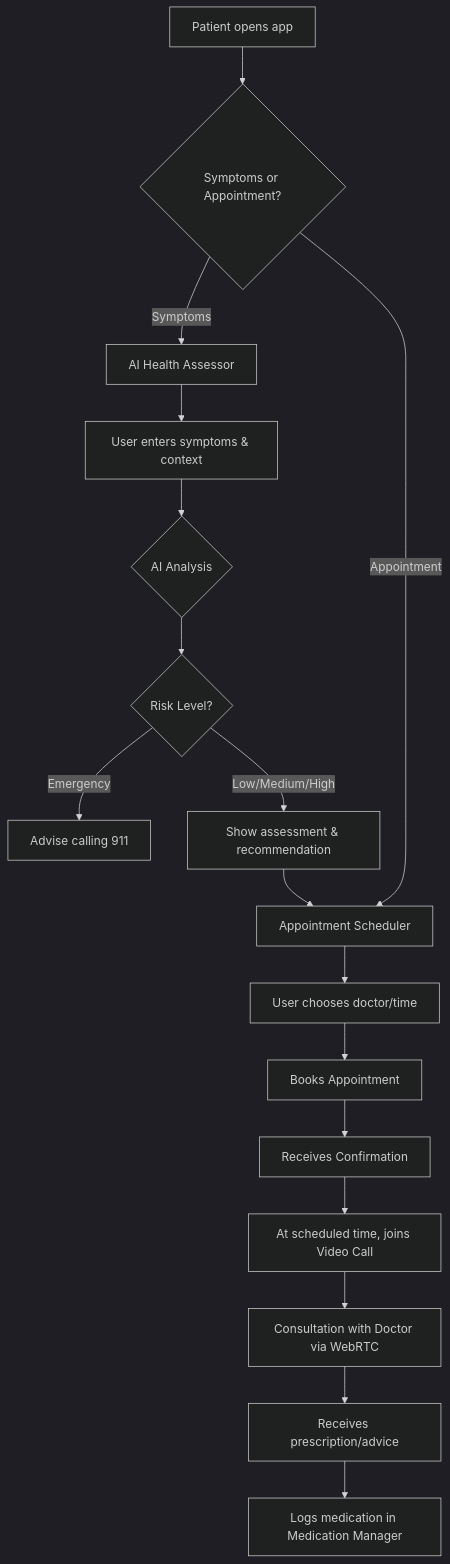
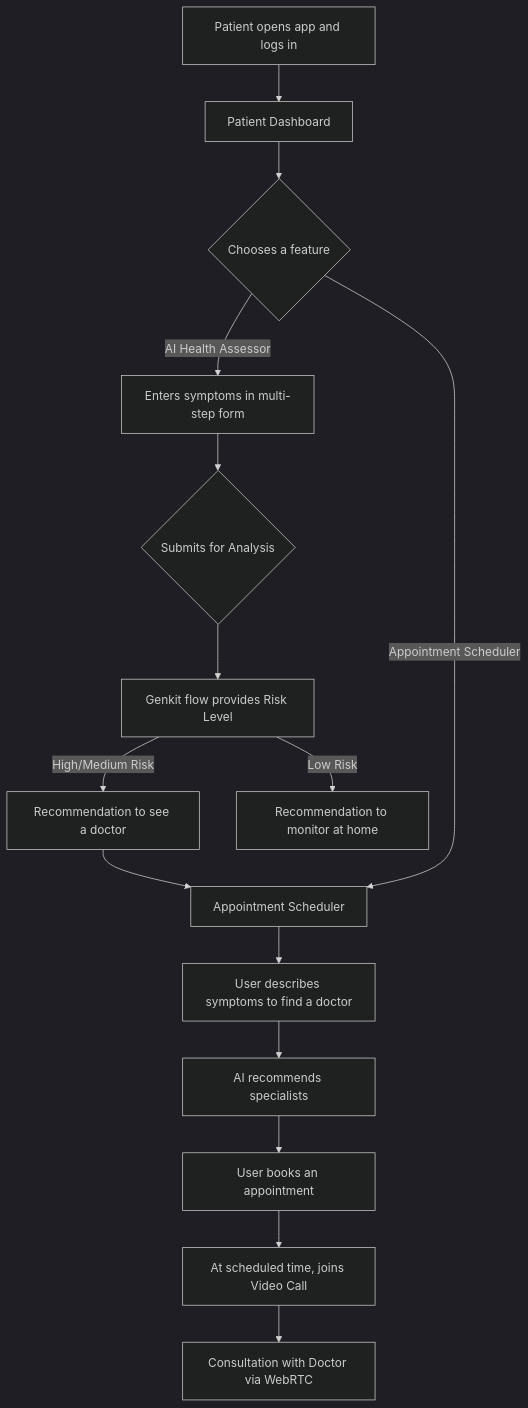
Before and after one commit to rehaani/MediConnect: the second of 3 diagrams in docs/visual.md, drawn with Mermaid (dark theme). The commit also changed other lines of this file and 17 other files, not shown here.

````diff
--- a/docs/visual.md
+++ b/docs/visual.md
@@ -61,19 +59,17 @@
 ```mermaid
 flowchart TD
-    A[Patient opens app] --> B{Symptoms or Appointment?}
-    B -->|Symptoms| C[AI Health Assessor]
-    C --> D[User enters symptoms & context]
-    D --> E{AI Analysis}
-    E --> F{Risk Level?}
-    F -->|Emergency| G[Advise calling 911]
-    F -->|Low/Medium/High| H[Show assessment & recommendation]
-    H --> I[Appointment Scheduler]
-    B -->|Appointment| I
-    I --> J[User chooses doctor/time]
-    J --> K[Books Appointment]
-    K --> L[Receives Confirmation]
+    A[Patient opens app and logs in] --> B[Patient Dashboard]
+    B --> C{Chooses a feature}
+    C -->|AI Health Assessor| D[Enters symptoms in multi-step form]
+    D --> E{Submits for Analysis}
+    E --> F[Genkit flow provides Risk Level]
+    F -->|High/Medium Risk| G[Recommendation to see a doctor]
+    F -->|Low Risk| H[Recommendation to monitor at home]
+    G --> I[Appointment Scheduler]
+    C -->|Appointment Scheduler| I
+    I --> J[User describes symptoms to find a doctor]
+    J --> K[AI recommends specialists]
+    K --> L[User books an appointment]
     L --> M[At scheduled time, joins Video Call]
     M --> N[Consultation with Doctor via WebRTC]
-    N --> O[Receives prescription/advice]
-    O --> P[Logs medication in Medication Manager]
 ```
````
